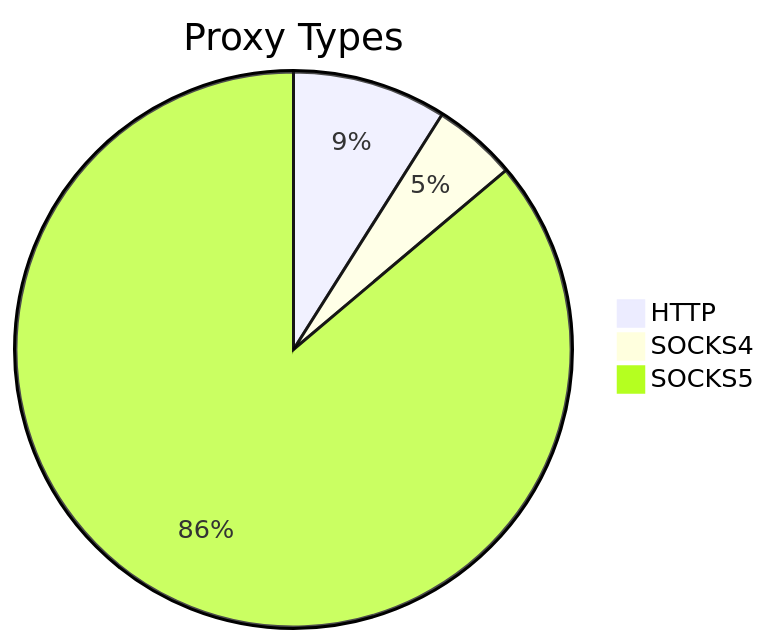
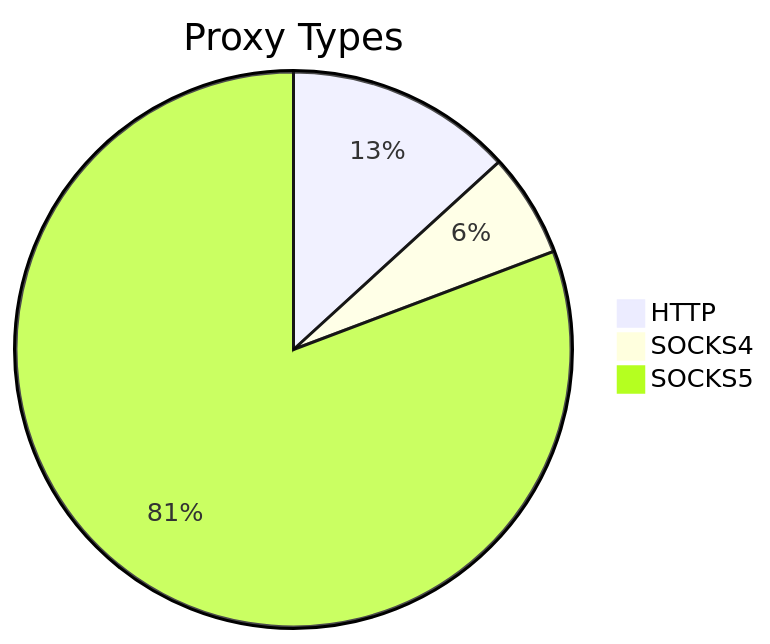
Before and after one commit to stormsia/proxy-list: the first of 2 diagrams in README.md, drawn with Mermaid. The commit also changed other lines of this file, not shown here.

````diff
--- a/README.md
+++ b/README.md
@@ -21,6 +21,6 @@
 ```mermaid
 pie title Proxy Types
-    "HTTP" : 504
-    "SOCKS4" : 274
-    "SOCKS5" : 4839
+    "HTTP" : 289
+    "SOCKS4" : 132
+    "SOCKS5" : 1765
 ```
````
